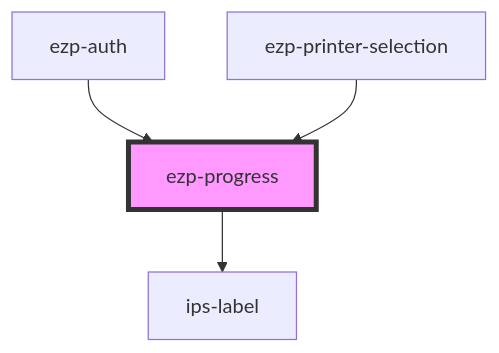
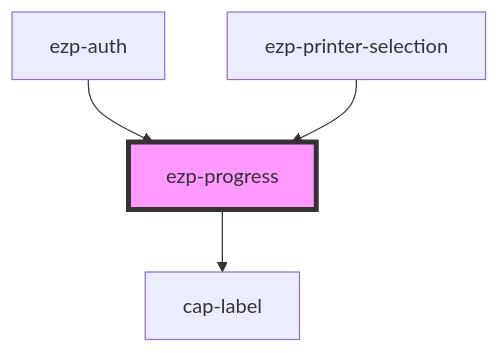
The diagram in src/components/ezp-progress/readme.md (ezeep/ezeep-js), drawn with Mermaid before and after one commit. The commit also changed other lines of this file and 25 other files, not shown here.

````diff
--- a/src/components/ezp-progress/readme.md
+++ b/src/components/ezp-progress/readme.md
@@ -35,7 +33,7 @@
 ```mermaid
 graph TD;
-  ezp-progress --> ips-label
+  ezp-progress --> cap-label
   ezp-auth --> ezp-progress
   ezp-printer-selection --> ezp-progress
   style ezp-progress fill:#f9f,stroke:#333,stroke-width:4px
 ```
````
